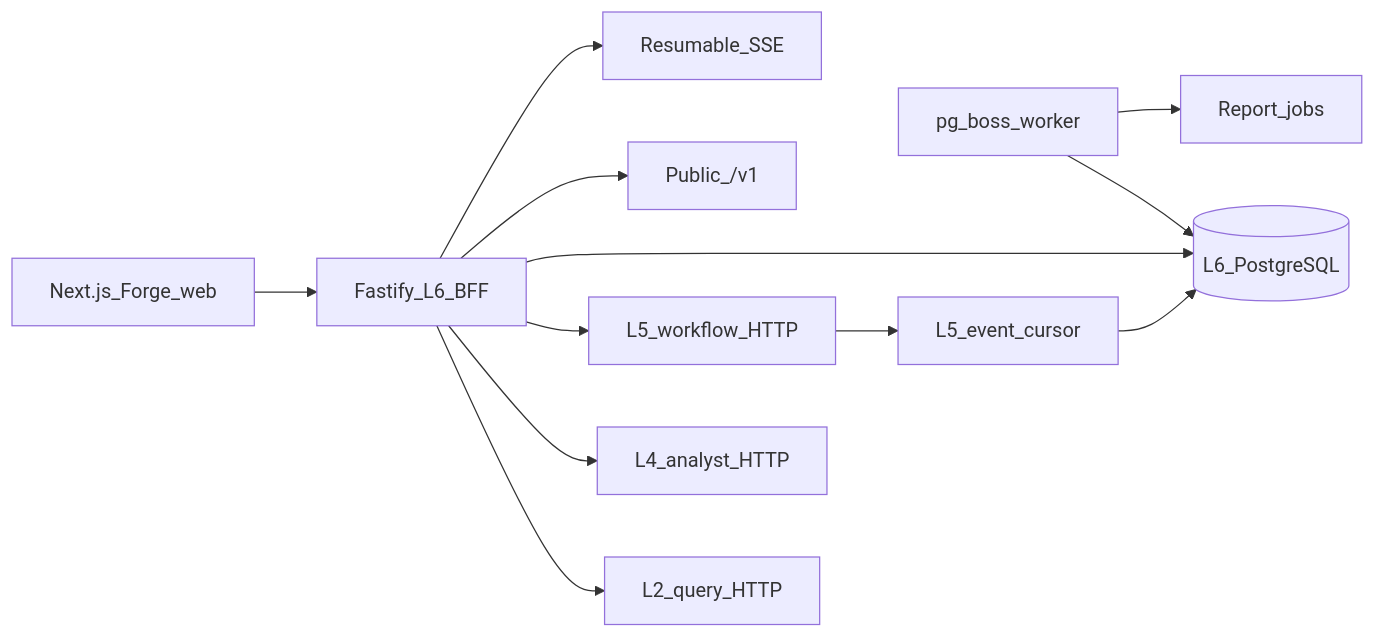
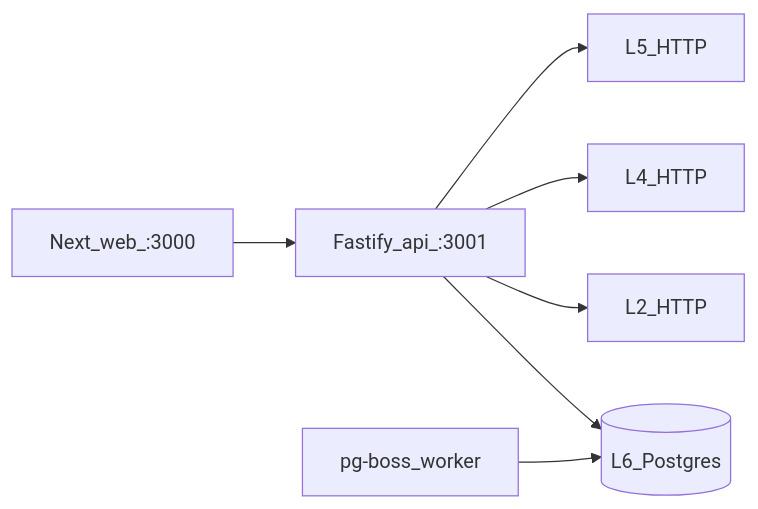
Before and after one commit to Stamped-Energy/experience-integration: the diagram in README.md, drawn with Mermaid. The commit also changed other lines of this file and 1 other file, not shown here.

````diff
--- a/README.md
+++ b/README.md
@@ -103,14 +102,9 @@
 ```mermaid
 flowchart LR
-  Browser[Next.js_Forge_web] --> BFF[Fastify_L6_BFF]
-  BFF --> L2[L2_query_HTTP]
-  BFF --> L4[L4_analyst_HTTP]
-  BFF --> L5[L5_workflow_HTTP]
-  BFF --> Pg[(L6_PostgreSQL)]
-  Worker[pg_boss_worker] --> Pg
-  Worker --> Reports[Report_jobs]
-  BFF --> Public["Public_/v1"]
-  BFF --> SSE[Resumable_SSE]
-  L5 --> Cursor[L5_event_cursor]
-  Cursor --> Pg
+  Browser[Next_web_:3000] --> BFF[Fastify_api_:3001]
+  BFF --> L5[L5_HTTP]
+  BFF --> L4[L4_HTTP]
+  BFF --> L2[L2_HTTP]
+  BFF --> Pg[(L6_Postgres)]
+  Worker[pg-boss_worker] --> Pg
 ```
````
